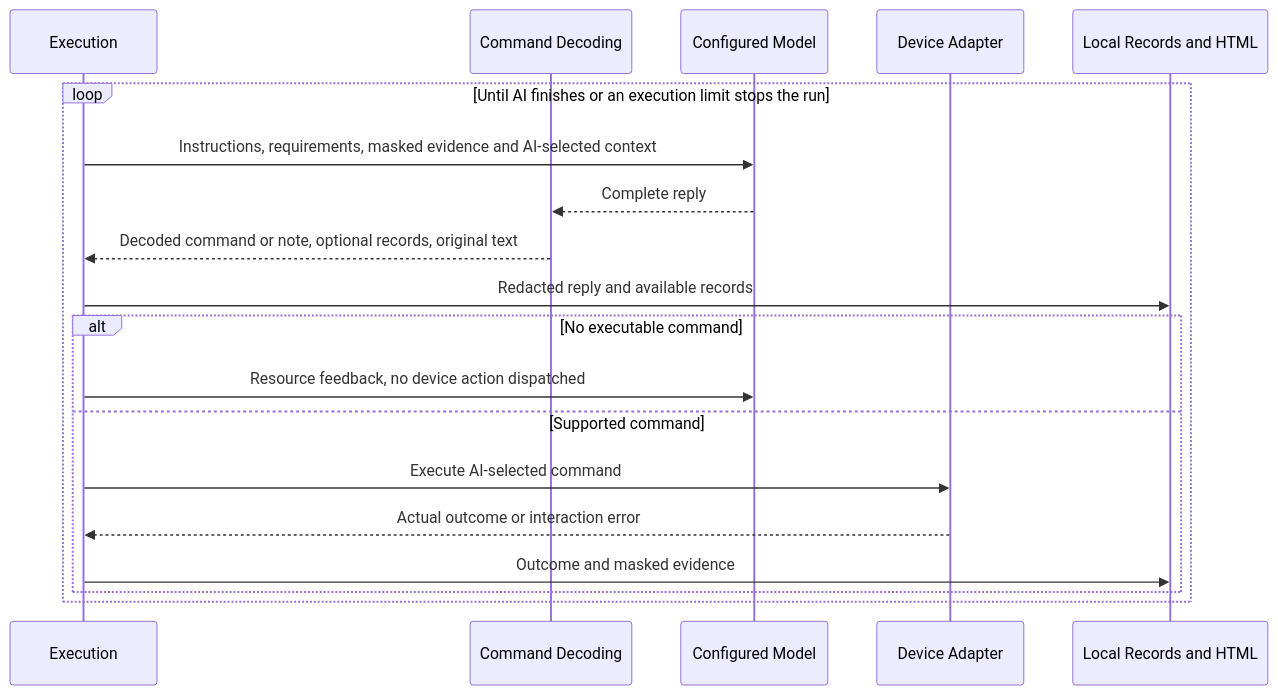
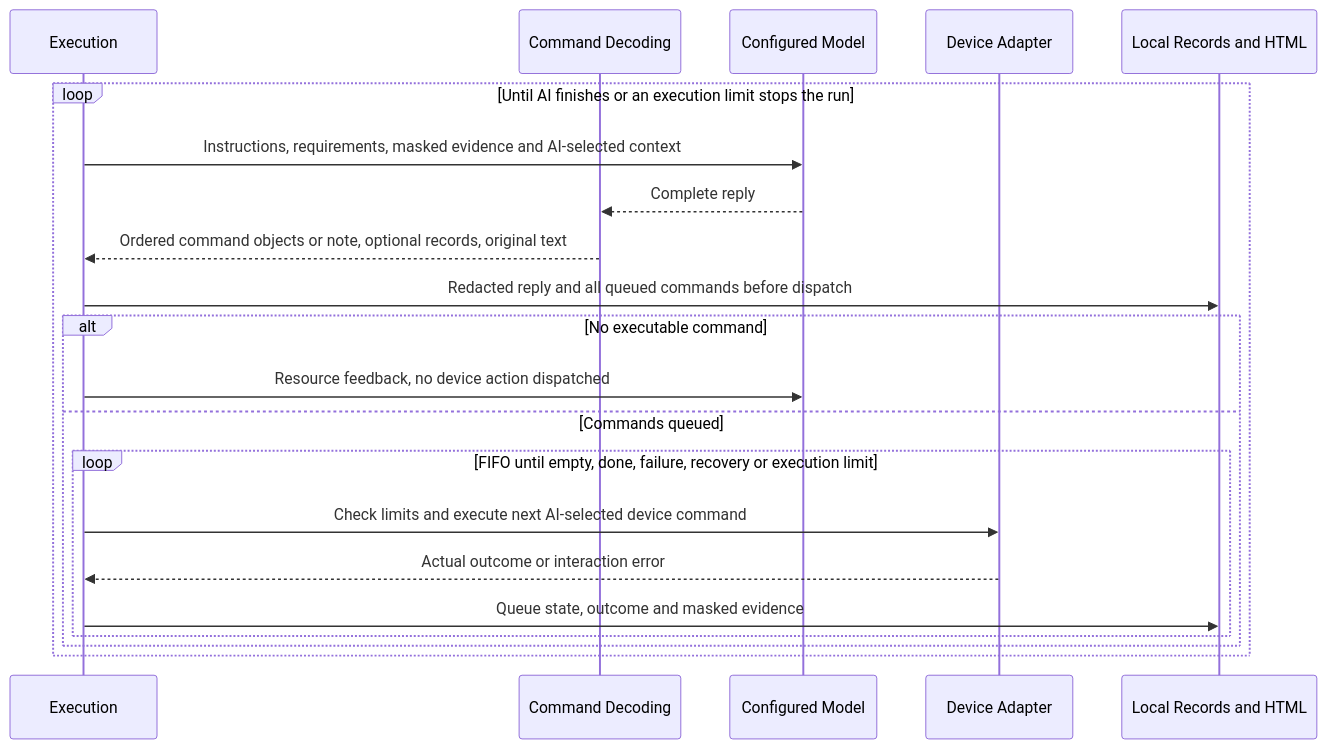
Before and after one commit to Richard032/CIMT: the diagram in docs/ai-resource-exchange.md, drawn with Mermaid. The commit also changed other lines of this file and 25 other files, not shown here.

Commit message:
Queue AI command objects and execute them in received order

````diff
--- a/docs/ai-resource-exchange.md
+++ b/docs/ai-resource-exchange.md
@@ -51,21 +53,23 @@
 ```mermaid
 sequenceDiagram
     participant Run as Execution
     participant Resources as Command Decoding
     participant AI as Configured Model
     participant Device as Device Adapter
     participant Records as Local Records and HTML
     loop Until AI finishes or an execution limit stops the run
         Run->>AI: Instructions, requirements, masked evidence and AI-selected context
         AI-->>Resources: Complete reply
-        Resources-->>Run: Decoded command or note, optional records, original text
-        Run->>Records: Redacted reply and available records
+        Resources-->>Run: Ordered command objects or note, optional records, original text
+        Run->>Records: Redacted reply and all queued commands before dispatch
         alt No executable command
             Run->>AI: Resource feedback, no device action dispatched
-        else Supported command
-            Run->>Device: Execute AI-selected command
-            Device-->>Run: Actual outcome or interaction error
-            Run->>Records: Outcome and masked evidence
+        else Commands queued
+            loop FIFO until empty, done, failure, recovery or execution limit
+                Run->>Device: Check limits and execute next AI-selected device command
+                Device-->>Run: Actual outcome or interaction error
+                Run->>Records: Queue state, outcome and masked evidence
+            end
         end
     end
 ```
````
